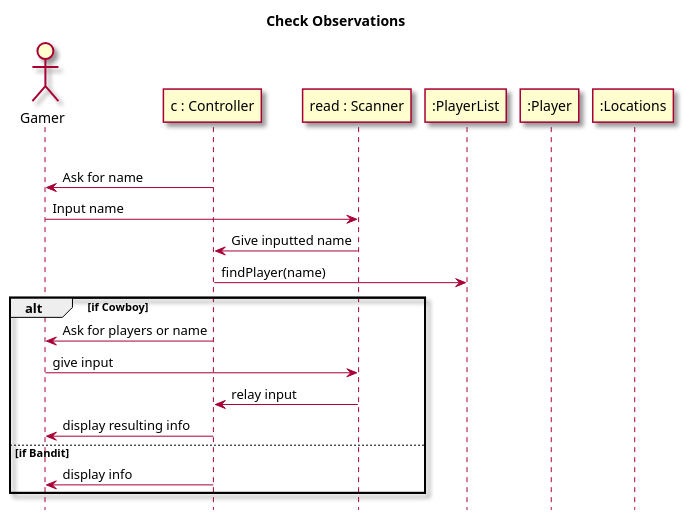
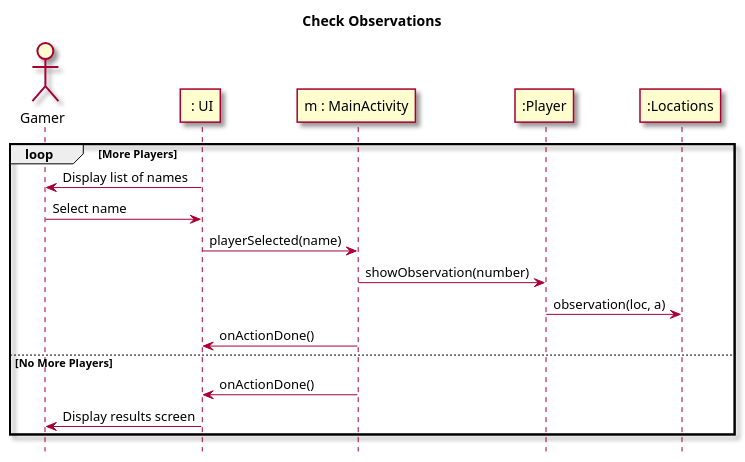
One commit to DeannaLC/AndroidProject changed the third of 4 diagrams in intellij/doc/design.md. Above: the diagram before and after it, drawn with PlantUML. The commit also changed other lines of this file and 8 other files, not shown here.

Commit message:
Add Unit Tests and Update Sequence Diagrams

````diff
--- a/intellij/doc/design.md
+++ b/intellij/doc/design.md
@@ -82,28 +75,25 @@
 ```plantuml
 @startuml
 
 title Check Observations
 hide footbox
 skin rose
 
 actor Gamer as gamer
-participant "c : Controller" as control
-participant "read : Scanner" as UI
-participant ":PlayerList" as players
+participant " : UI" as UI
+participant "m : MainActivity" as main
 participant ":Player" as player
 participant ":Locations" as loc
 
 loop More Players
-control -> gamer: Ask for name
-gamer -> UI: Input name
-UI -> control: Give inputted name
-control -> players: findPlayer(name)
-alt if Cowboy
-control -> gamer: Ask for players or name
-gamer -> UI: give input
-UI -> control: relay input
-control -> gamer: display resulting info
-else if Bandit
-control -> gamer: display info
+UI -> gamer: Display list of names
+gamer -> UI: Select name
+UI -> main : playerSelected(name)
+main -> player : showObservation(number)
+player -> loc : observation(loc, a)
+main -> UI : onActionDone()
+else No More Players
+main -> UI : onActionDone()
+UI -> gamer : Display results screen
 end
 ```
````
